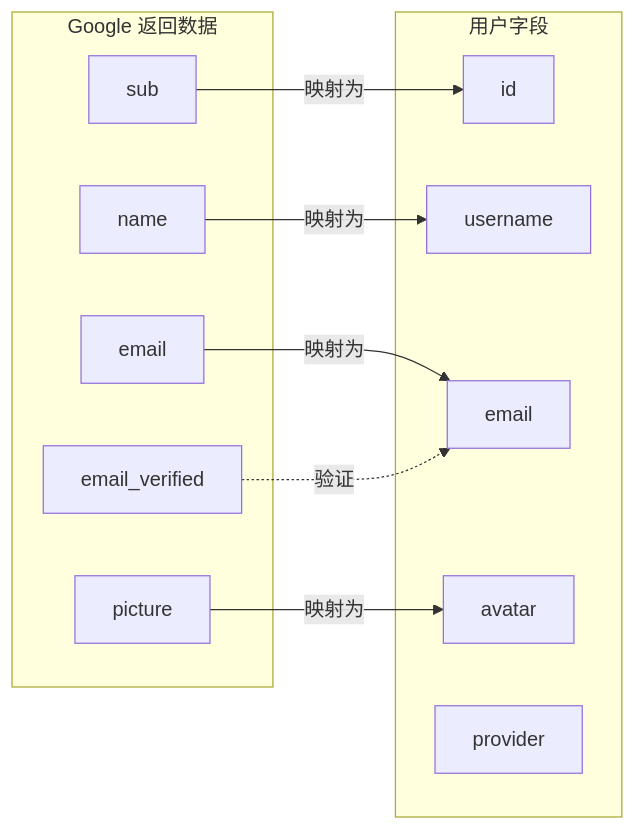
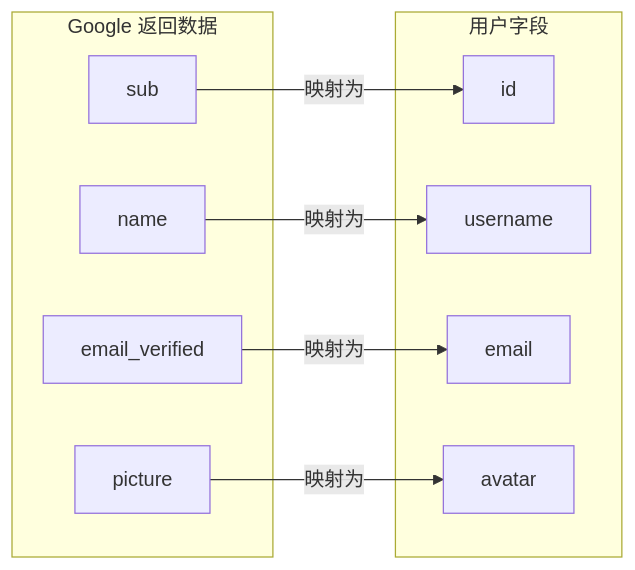
One commit to RudolphHuang/openclaw_doc changed the sixth of 10 diagrams in docs/google登录技术方案.md. Above: the diagram before and after it, drawn with Mermaid.

````diff
--- a/docs/google登录技术方案.md
+++ b/docs/google登录技术方案.md
@@ -297,24 +297,21 @@
 ```mermaid
 flowchart LR
     subgraph GoogleData["Google 返回数据"]
         GSub["sub"]
         GName["name"]
-        GEmail["email"]
         GPicture["picture"]
         GVerified["email_verified"]
     end
 
     subgraph UserFields["用户字段"]
         UId["id"]
         UUsername["username"]
         UEmail["email"]
         UAvatar["avatar"]
-        UProvider["provider"]
     end
 
     GSub -->|映射为| UId
     GName -->|映射为| UUsername
-    GEmail -->|映射为| UEmail
     GPicture -->|映射为| UAvatar
-    GVerified -.->|验证| UEmail
+    GVerified -->|映射为| UEmail
 ```
````
